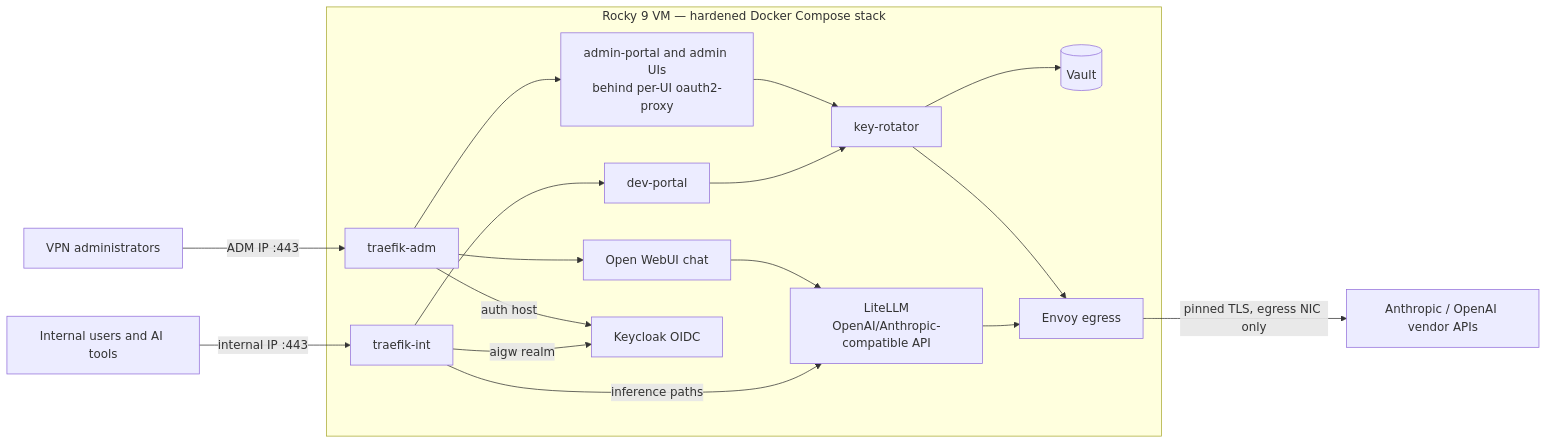
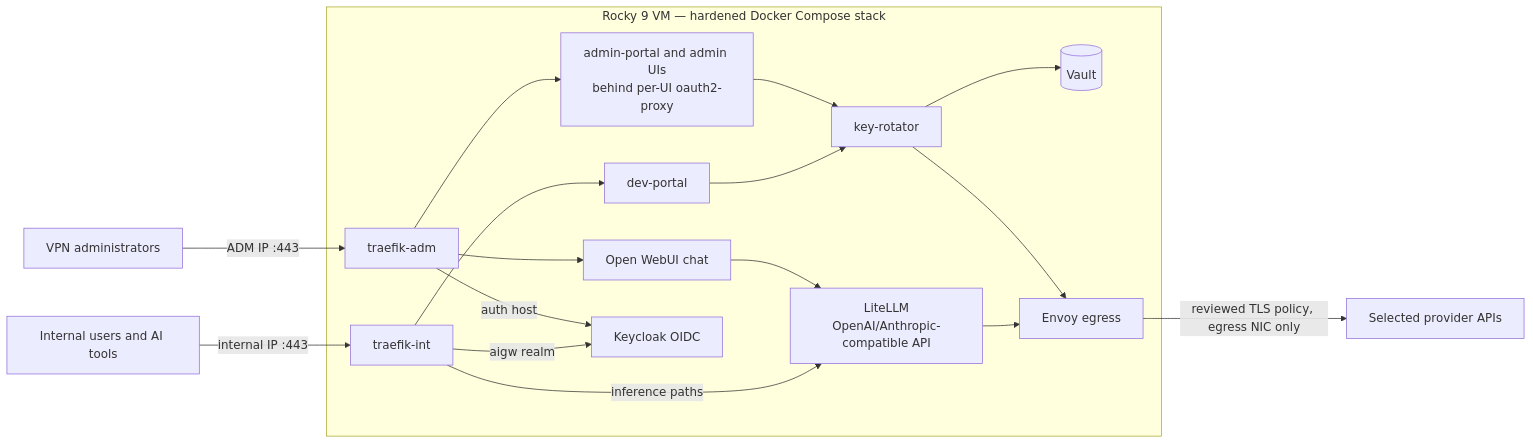
The diagram in README.md (derhornspieler/ai-gateway), drawn with Mermaid before and after one commit. The commit also changed other lines of this file and 339 other files, not shown here.

````diff
--- a/README.md
+++ b/README.md
@@ -24,31 +25,31 @@
 ```mermaid
 flowchart LR
   subgraph host [Rocky 9 VM — hardened Docker Compose stack]
     TI[traefik-int]
     TA[traefik-adm]
     OW[Open WebUI chat]
     DP[dev-portal]
     AP[admin-portal and admin UIs<br/>behind per-UI oauth2-proxy]
     KC[Keycloak OIDC]
     LL[LiteLLM<br/>OpenAI/Anthropic-compatible API]
     KR[key-rotator]
     VT[(Vault)]
     EV[Envoy egress]
   end
 
   USR[Internal users and AI tools] -->|internal IP :443| TI
   ADM[VPN administrators] -->|ADM IP :443| TA
 
   TI --> DP
   TI -->|aigw realm| KC
   TI -->|inference paths| LL
   TA --> AP & OW
   TA -->|auth host| KC
   OW --> LL
   DP --> KR
   AP --> KR
   KR --> VT
   LL --> EV
   KR --> EV
-  EV -->|pinned TLS, egress NIC only| VEND[Anthropic / OpenAI vendor APIs]
+  EV -->|reviewed TLS policy, egress NIC only| VEND[Selected provider APIs]
 ```
````
